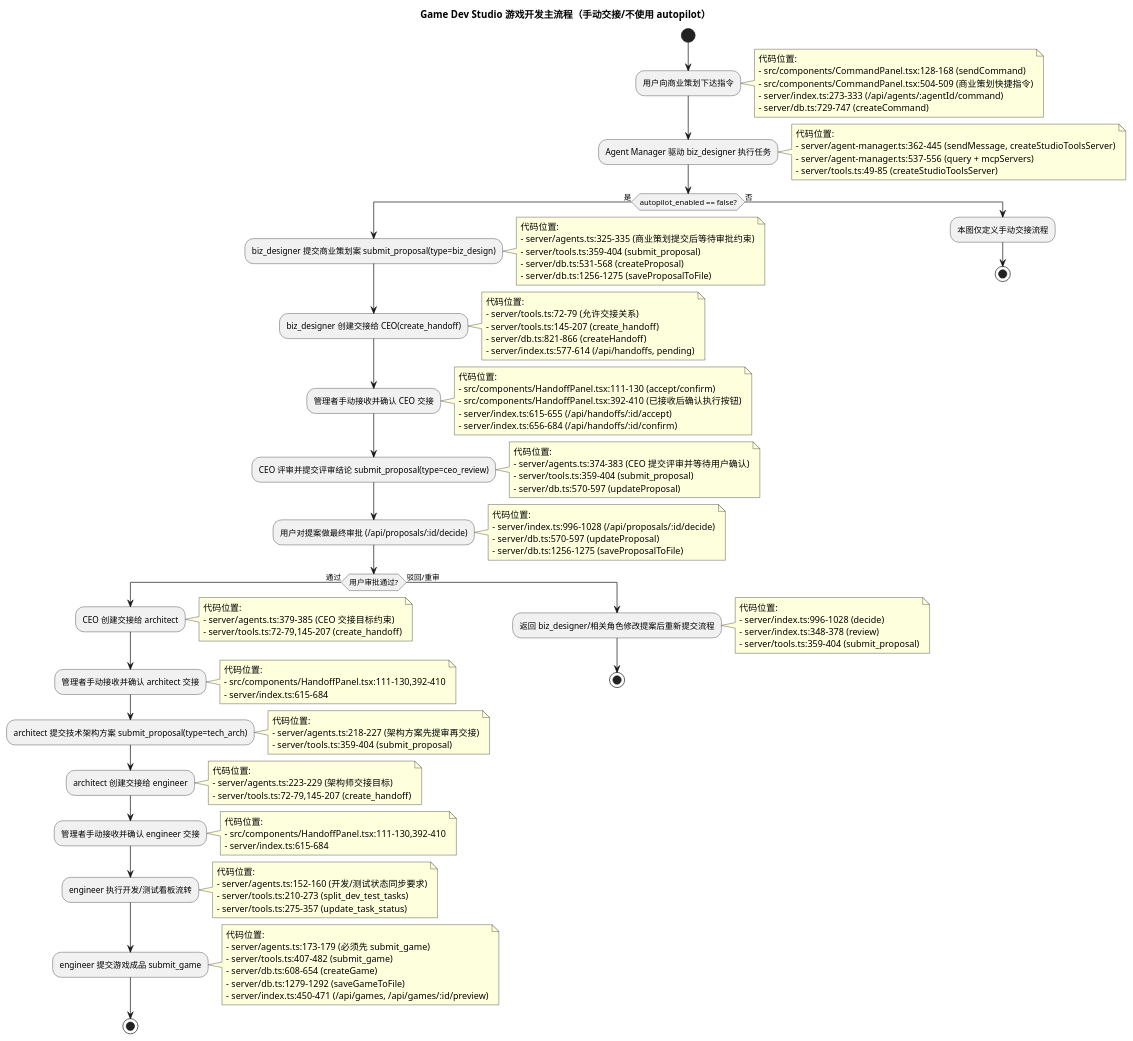
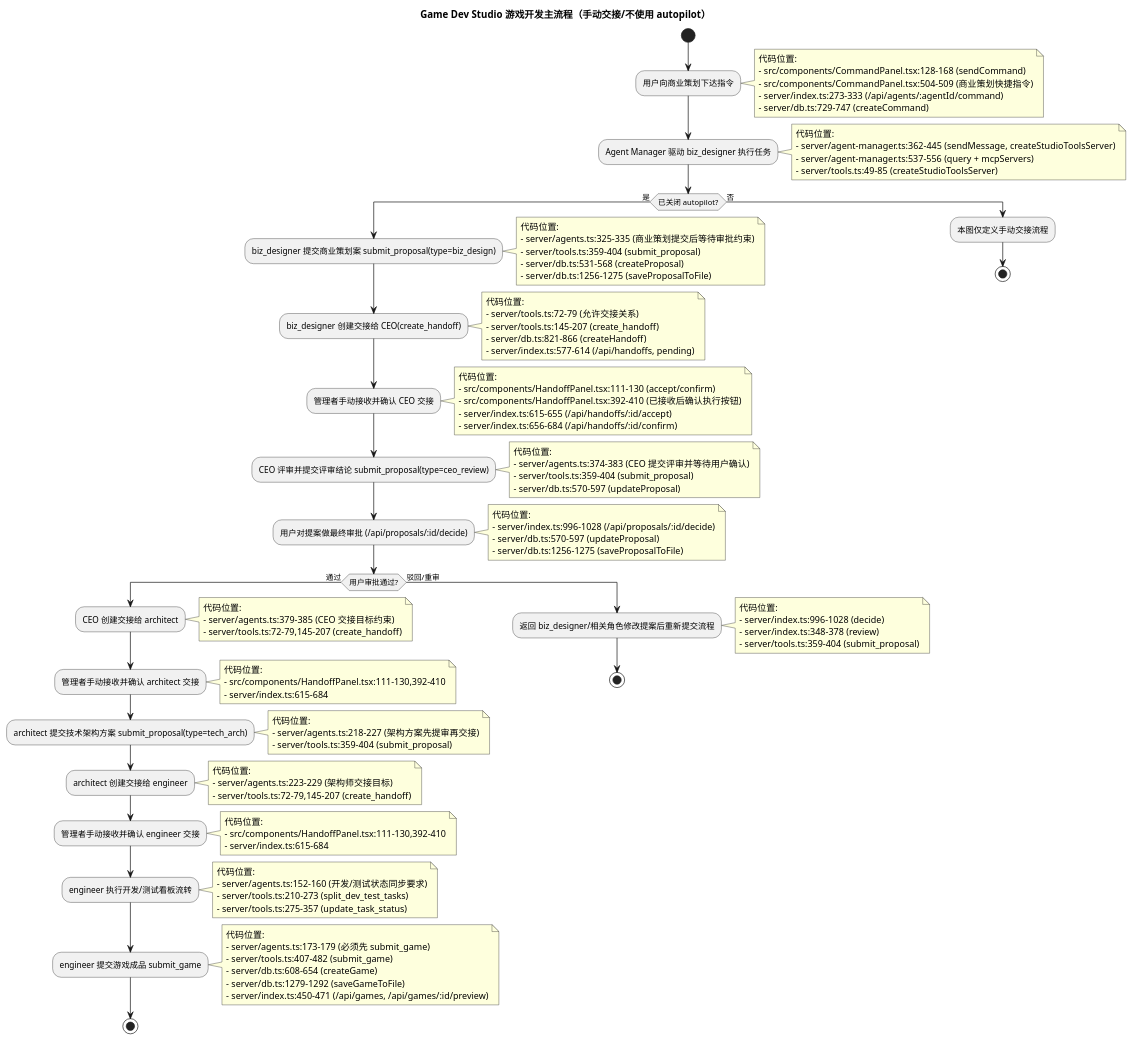
One commit to luoxiaojun1992/game-studio changed the diagram in .agent/diagrams/game-dev-main-flow-manual-handoff.puml. Above: the diagram before and after it, drawn with PlantUML.

Commit message:
docs: unify PlantUML condition wording
Agent-Logs-Url: https://github.com/luoxiaojun1992/game-studio/sessions/a775d0eb-d8b2-45e4-b62a-063eaa3ce6b8

```diff
--- a/.agent/diagrams/game-dev-main-flow-manual-handoff.puml
+++ b/.agent/diagrams/game-dev-main-flow-manual-handoff.puml
@@ -1,137 +1,137 @@
 @startuml
 title Game Dev Studio 游戏开发主流程（手动交接/不使用 autopilot）
 
 start
 
 :用户向商业策划下达指令;
 note right
   代码位置:
   - src/components/CommandPanel.tsx:128-168 (sendCommand)
   - src/components/CommandPanel.tsx:504-509 (商业策划快捷指令)
   - server/index.ts:273-333 (/api/agents/:agentId/command)
   - server/db.ts:729-747 (createCommand)
 end note
 
 :Agent Manager 驱动 biz_designer 执行任务;
 note right
   代码位置:
   - server/agent-manager.ts:362-445 (sendMessage, createStudioToolsServer)
   - server/agent-manager.ts:537-556 (query + mcpServers)
   - server/tools.ts:49-85 (createStudioToolsServer)
 end note
 
-if (autopilot_enabled == false?) then (是)
+if (已关闭 autopilot?) then (是)
   :biz_designer 提交商业策划案 submit_proposal(type=biz_design);
   note right
     代码位置:
     - server/agents.ts:325-335 (商业策划提交后等待审批约束)
     - server/tools.ts:359-404 (submit_proposal)
     - server/db.ts:531-568 (createProposal)
     - server/db.ts:1256-1275 (saveProposalToFile)
   end note
 
   :biz_designer 创建交接给 CEO(create_handoff);
   note right
     代码位置:
     - server/tools.ts:72-79 (允许交接关系)
     - server/tools.ts:145-207 (create_handoff)
     - server/db.ts:821-866 (createHandoff)
     - server/index.ts:577-614 (/api/handoffs, pending)
   end note
 
   :管理者手动接收并确认 CEO 交接;
   note right
     代码位置:
     - src/components/HandoffPanel.tsx:111-130 (accept/confirm)
     - src/components/HandoffPanel.tsx:392-410 (已接收后确认执行按钮)
     - server/index.ts:615-655 (/api/handoffs/:id/accept)
     - server/index.ts:656-684 (/api/handoffs/:id/confirm)
   end note
 
   :CEO 评审并提交评审结论 submit_proposal(type=ceo_review);
   note right
     代码位置:
     - server/agents.ts:374-383 (CEO 提交评审并等待用户确认)
     - server/tools.ts:359-404 (submit_proposal)
     - server/db.ts:570-597 (updateProposal)
   end note
 
   :用户对提案做最终审批 (/api/proposals/:id/decide);
   note right
     代码位置:
     - server/index.ts:996-1028 (/api/proposals/:id/decide)
     - server/db.ts:570-597 (updateProposal)
     - server/db.ts:1256-1275 (saveProposalToFile)
   end note
 
   if (用户审批通过?) then (通过)
     :CEO 创建交接给 architect;
     note right
       代码位置:
       - server/agents.ts:379-385 (CEO 交接目标约束)
       - server/tools.ts:72-79,145-207 (create_handoff)
     end note
 
     :管理者手动接收并确认 architect 交接;
     note right
       代码位置:
       - src/components/HandoffPanel.tsx:111-130,392-410
       - server/index.ts:615-684
     end note
 
     :architect 提交技术架构方案 submit_proposal(type=tech_arch);
     note right
       代码位置:
       - server/agents.ts:218-227 (架构方案先提审再交接)
       - server/tools.ts:359-404 (submit_proposal)
     end note
 
     :architect 创建交接给 engineer;
     note right
       代码位置:
       - server/agents.ts:223-229 (架构师交接目标)
       - server/tools.ts:72-79,145-207 (create_handoff)
     end note
 
     :管理者手动接收并确认 engineer 交接;
     note right
       代码位置:
       - src/components/HandoffPanel.tsx:111-130,392-410
       - server/index.ts:615-684
     end note
 
     :engineer 执行开发/测试看板流转;
     note right
       代码位置:
       - server/agents.ts:152-160 (开发/测试状态同步要求)
       - server/tools.ts:210-273 (split_dev_test_tasks)
       - server/tools.ts:275-357 (update_task_status)
     end note
 
     :engineer 提交游戏成品 submit_game;
     note right
       代码位置:
       - server/agents.ts:173-179 (必须先 submit_game)
       - server/tools.ts:407-482 (submit_game)
       - server/db.ts:608-654 (createGame)
       - server/db.ts:1279-1292 (saveGameToFile)
       - server/index.ts:450-471 (/api/games, /api/games/:id/preview)
     end note
 
     stop
   else (驳回/重审)
     :返回 biz_designer/相关角色修改提案后重新提交流程;
     note right
       代码位置:
       - server/index.ts:996-1028 (decide)
       - server/index.ts:348-378 (review)
       - server/tools.ts:359-404 (submit_proposal)
     end note
     stop
   endif
 else (否)
   :本图仅定义手动交接流程;
   stop
 endif
 
 @enduml
```
